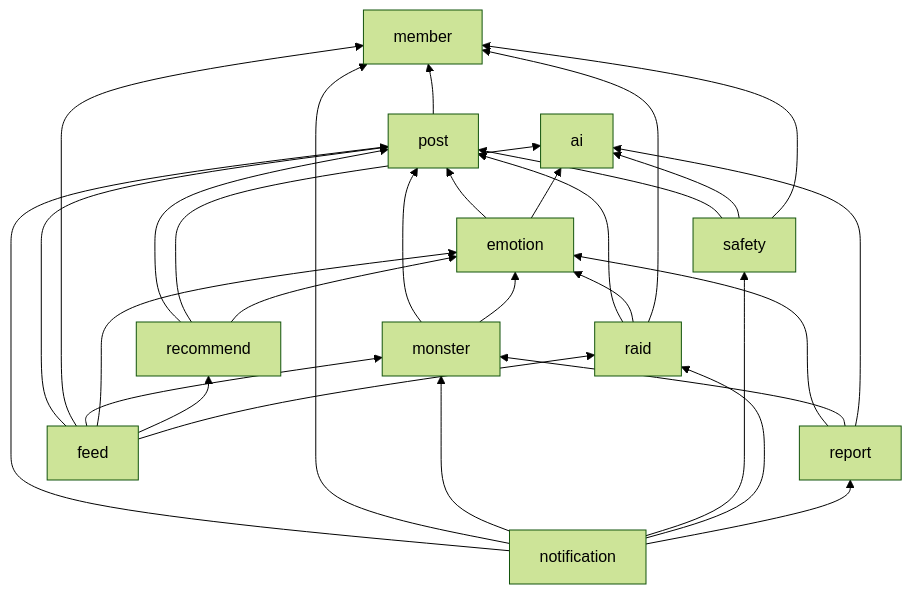
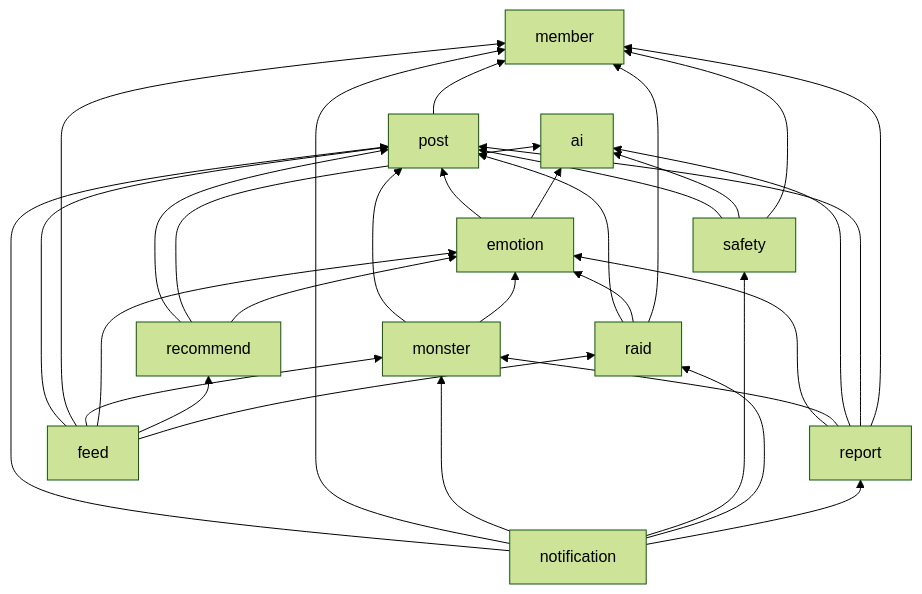
The second of 5 diagrams in docs/architecture/overview.md (hyunolike/5959), drawn with Mermaid (forest theme) before and after one commit. The commit also changed other lines of this file and 97 other files, not shown here.

````diff
--- a/docs/architecture/overview.md
+++ b/docs/architecture/overview.md
@@ -135,32 +135,34 @@
 ```mermaid
 flowchart BT
     post --> member
     emotion --> post
     emotion --> ai
     safety --> post
     safety --> ai
     safety --> member
     recommend --> post
     recommend --> ai
     recommend --> emotion
     monster --> post
     monster --> emotion
     raid --> post
     raid --> emotion
     raid --> member
     report --> emotion
     report --> monster
     report --> ai
+    report --> post
+    report --> member
     notification --> post
     notification --> member
     notification --> monster
     notification --> safety
     notification --> raid
     notification --> report
     feed --> post
     feed --> member
     feed --> monster
     feed --> emotion
     feed --> recommend
     feed --> raid
 ```
````
